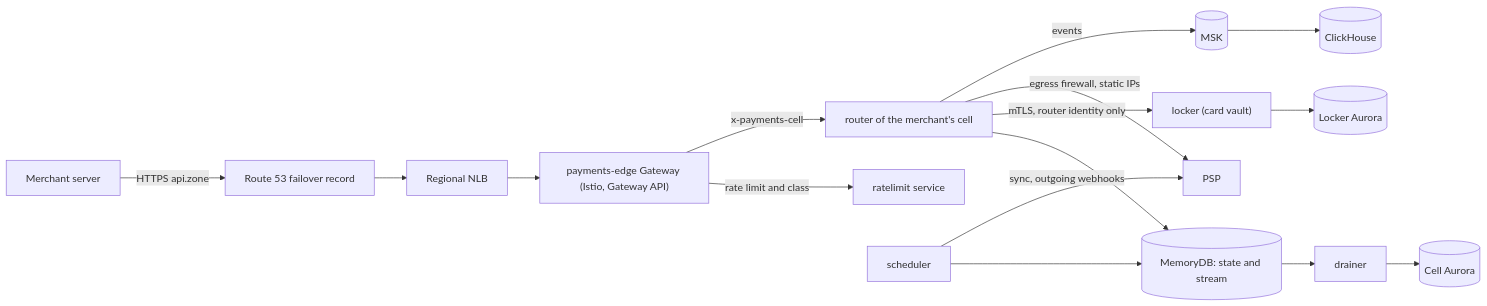
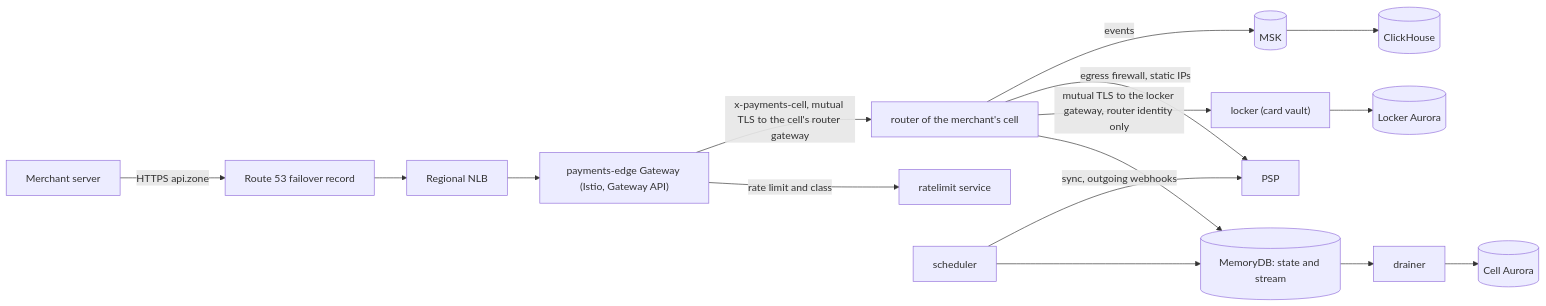
Before and after one commit to whoisqen/payments-platform: the diagram in docs/architecture/README.md, drawn with Mermaid. The commit also changed other lines of this file and 37 other files, not shown here.

````diff
--- a/docs/architecture/README.md
+++ b/docs/architecture/README.md
@@ -7,16 +7,16 @@
 ```mermaid
 flowchart LR
   M["Merchant server"] -->|"HTTPS api.zone"| R53["Route 53 failover record"]
   R53 --> NLB["Regional NLB"]
   NLB --> EDGE["payments-edge Gateway (Istio, Gateway API)"]
   EDGE -->|"rate limit and class"| RL["ratelimit service"]
-  EDGE -->|"x-payments-cell"| ROUTER["router of the merchant's cell"]
+  EDGE -->|"x-payments-cell, mutual TLS to the cell's router gateway"| ROUTER["router of the merchant's cell"]
   ROUTER --> MDB[("MemoryDB: state and stream")]
-  ROUTER -->|"mTLS, router identity only"| LOCKER["locker (card vault)"]
+  ROUTER -->|"mutual TLS to the locker gateway, router identity only"| LOCKER["locker (card vault)"]
   LOCKER --> LDB[("Locker Aurora")]
   ROUTER -->|"egress firewall, static IPs"| PSP["PSP"]
   MDB --> DRAINER["drainer"] --> ADB[("Cell Aurora")]
   SCHED["scheduler"] --> MDB
   SCHED -->|"sync, outgoing webhooks"| PSP
   ROUTER -->|"events"| MSK[("MSK")] --> CH[("ClickHouse")]
 ```
````
